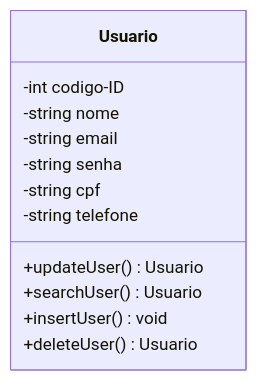
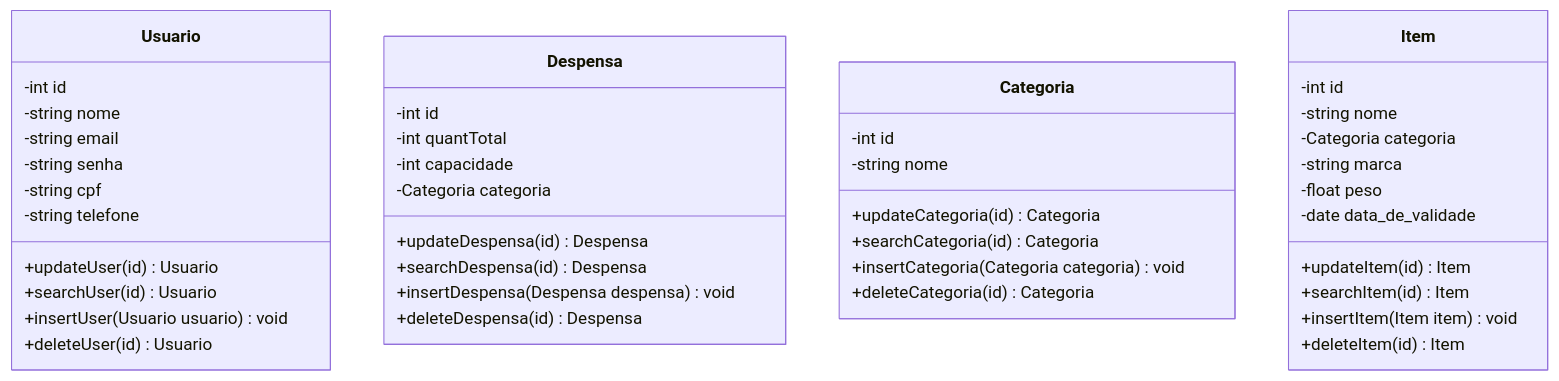
Before and after one commit to daviddevolin/SigDespensa: the second of 2 diagrams in docs/doc-modelos.md, drawn with Mermaid.

Commit message:
docs: update doc-modelos.md
adding more classes to the class diagram

````diff
--- a/docs/doc-modelos.md
+++ b/docs/doc-modelos.md
@@ -29,16 +29,52 @@
 ```mermaid
 classDiagram
     class Usuario{
-        -int codigo-ID
+        -int id
         -string nome
         -string email
         -string senha
         -string cpf
         -string telefone
         
-        +updateUser() Usuario
-        +searchUser() Usuario
-        +insertUser() void
-        +deleteUser() Usuario
+        +updateUser(id) Usuario
+        +searchUser(id) Usuario
+        +insertUser(Usuario usuario) void
+        +deleteUser(id) Usuario
     }
+    class Despensa{
+        -int id
+        -int quantTotal
+        -int capacidade
+        -Categoria categoria
+
+        +updateDespensa(id) Despensa
+        +searchDespensa(id) Despensa
+        +insertDespensa(Despensa despensa) void
+        +deleteDespensa(id) Despensa
+    }
+    class Categoria{
+        -int id
+        -string nome
+
+        +updateCategoria(id) Categoria
+        +searchCategoria(id) Categoria
+        +insertCategoria(Categoria categoria) void
+        +deleteCategoria(id) Categoria
+    }
+
+    class Item{
+        -int id
+        -string nome
+        -Categoria categoria
+        -string marca
+        -float peso
+        -date data_de_validade
+
+        +updateItem(id) Item
+        +searchItem(id) Item
+        +insertItem(Item item) void
+        +deleteItem(id) Item
+    }
+
+
 ```
````
